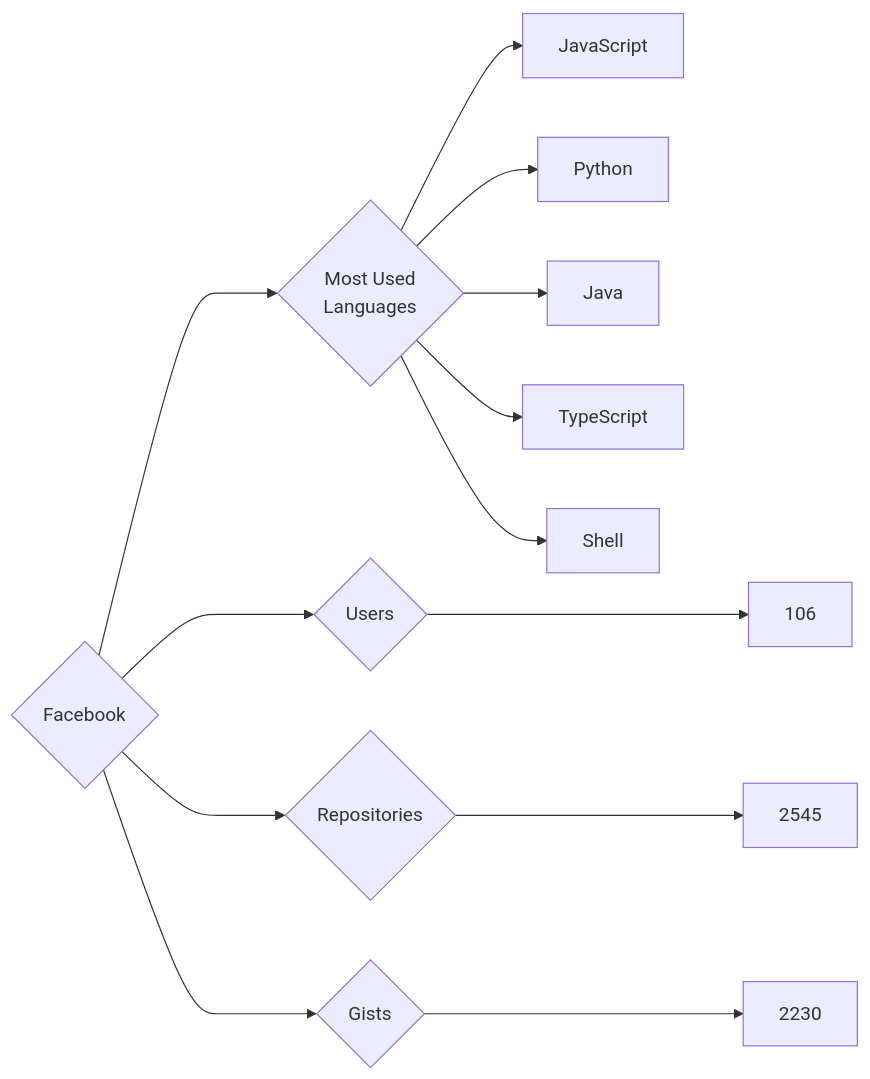
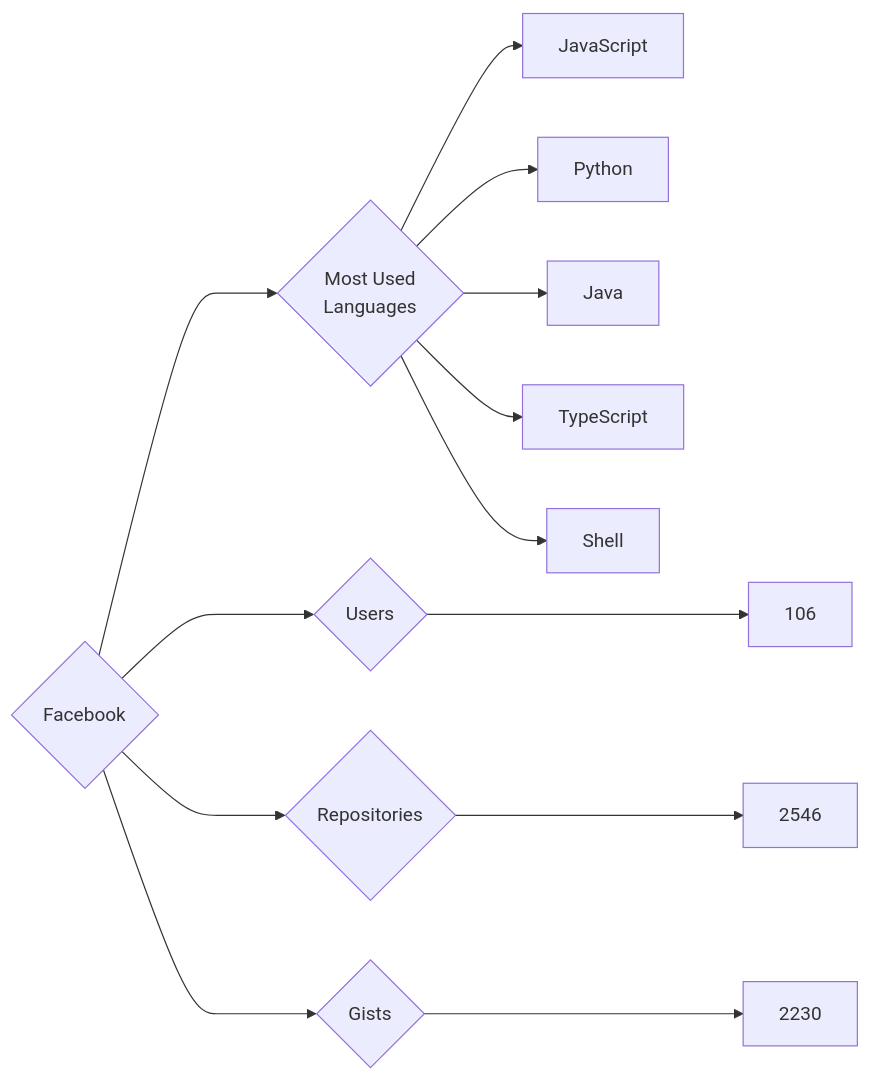
The diagram in targets/Facebook/README.md (trickest/insiders), drawn with Mermaid before and after one commit. The commit also changed 745 other files, not shown here.

````diff
--- a/targets/Facebook/README.md
+++ b/targets/Facebook/README.md
@@ -3,13 +3,13 @@
 ```mermaid
 graph LR
 COMPANY_NAME{Facebook}
 COMPANY_NAME ---> U{Users} ---> UN[106]
-COMPANY_NAME ---> R{Repositories} ---> RN[2545]
+COMPANY_NAME ---> R{Repositories} ---> RN[2546]
 COMPANY_NAME ---> G{Gists} ---> GN[2230]
 COMPANY_NAME ---> ML{Most Used<br>Languages}
 ML --> JavaScript[JavaScript]
 ML --> Python[Python]
 ML --> Java[Java]
 ML --> TypeScript[TypeScript]
 ML --> Shell[Shell]
 ```
````
